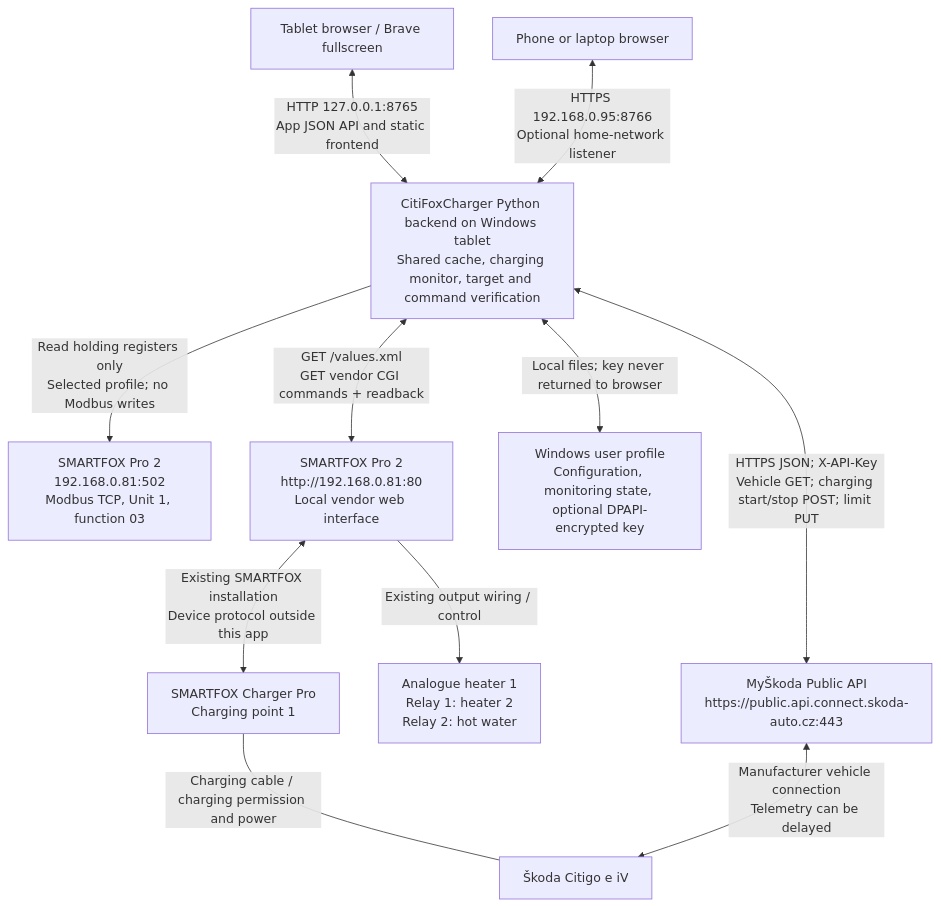
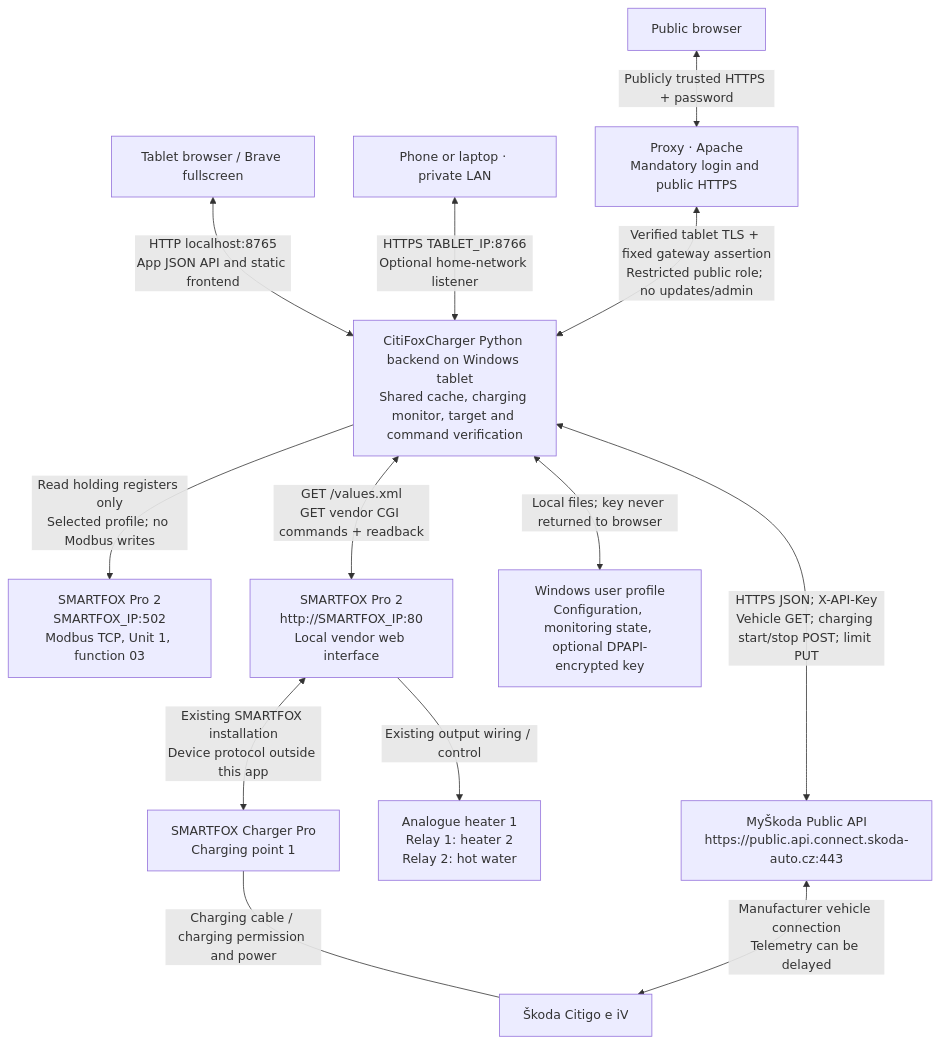
Before and after one commit to danielrammer/CitiFoxCharger: the first of 2 diagrams in COMMUNICATION.md, drawn with Mermaid. The commit also changed other lines of this file and 9 other files, not shown here.

Commit message:
Condense README with diagrams and anonymize current documentation

````diff
--- a/COMMUNICATION.md
+++ b/COMMUNICATION.md
@@ -7,24 +7,29 @@
 ```mermaid
 flowchart TB
     Local["Tablet browser / Brave fullscreen"]
-    Remote["Phone or laptop browser"]
+    Remote["Phone or laptop · private LAN"]
+    Public["Public browser"]
+    Gateway["Proxy · Apache<br/>Mandatory login and public HTTPS"]
     Backend["CitiFoxCharger Python backend on Windows tablet\nShared cache, charging monitor, target and command verification"]
-    Modbus["SMARTFOX Pro 2\n192.168.0.81:502\nModbus TCP, Unit 1, function 03"]
-    Web["SMARTFOX Pro 2\nhttp://192.168.0.81:80\nLocal vendor web interface"]
+    Modbus["SMARTFOX Pro 2\nSMARTFOX_IP:502\nModbus TCP, Unit 1, function 03"]
+    Web["SMARTFOX Pro 2\nhttp://SMARTFOX_IP:80\nLocal vendor web interface"]
     Charger["SMARTFOX Charger Pro\nCharging point 1"]
     Outputs["Analogue heater 1\nRelay 1: heater 2\nRelay 2: hot water"]
     Cloud["MyŠkoda Public API\nhttps://public.api.connect.skoda-auto.cz:443"]
     Car["Škoda Citigo e iV"]
     Store["Windows user profile\nConfiguration, monitoring state, optional DPAPI-encrypted key"]
 
-    Local <-->|"HTTP 127.0.0.1:8765\nApp JSON API and static frontend"| Backend
-    Remote <-->|"HTTPS 192.168.0.95:8766\nOptional home-network listener"| Backend
+    Local <-->|"HTTP localhost:8765\nApp JSON API and static frontend"| Backend
+    Remote <-->|"HTTPS TABLET_IP:8766\nOptional home-network listener"| Backend
+    Public <-->|"Publicly trusted HTTPS + password"| Gateway
+    Gateway <-->|"Verified tablet TLS + fixed gateway assertion
+Restricted public role; no updates/admin"| Backend
     Backend -->|"Read holding registers only\nSelected profile; no Modbus writes"| Modbus
     Backend <-->|"GET /values.xml\nGET vendor CGI commands + readback"| Web
     Web <-->|"Existing SMARTFOX installation\nDevice protocol outside this app"| Charger
     Web -->|"Existing output wiring / control"| Outputs
     Charger ---|"Charging cable / charging permission and power"| Car
     Backend <-->|"HTTPS JSON; X-API-Key\nVehicle GET; charging start/stop POST; limit PUT"| Cloud
     Cloud <-->|"Manufacturer vehicle connection\nTelemetry can be delayed"| Car
     Backend <-->|"Local files; key never returned to browser"| Store
 ```
````
